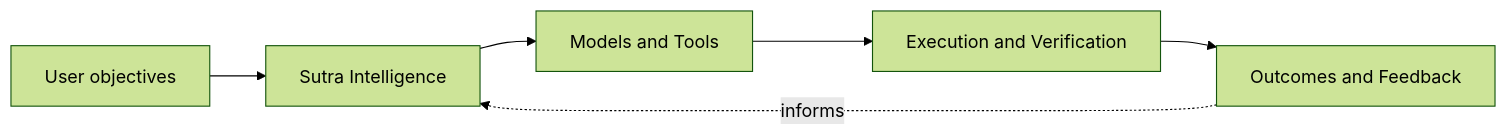
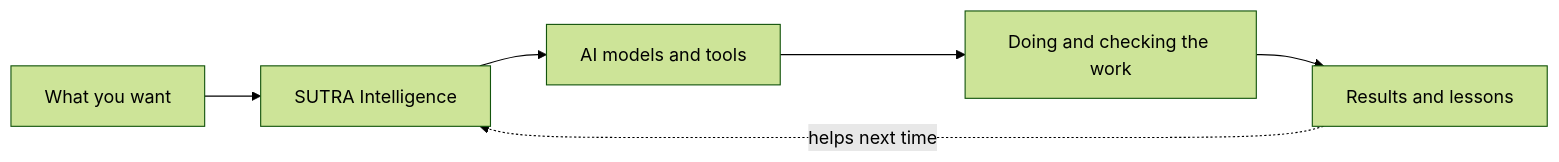
One commit to rishavm713-create/sutra-intelligence-site changed the diagram in docs/ARCHITECTURE-OVERVIEW.md. Above: the diagram before and after it, drawn with Mermaid (forest theme). The commit also changed other lines of this file and 6 other files, not shown here.

````diff
--- a/docs/ARCHITECTURE-OVERVIEW.md
+++ b/docs/ARCHITECTURE-OVERVIEW.md
@@ -9,8 +7,8 @@
 ```mermaid
 flowchart LR
-    A["User objectives"] --> B["Sutra Intelligence"]
-    B --> C["Models and Tools"]
-    C --> D["Execution and Verification"]
-    D --> E["Outcomes and Feedback"]
-    E -. informs .-> B
+    A["What you want"] --> B["SUTRA Intelligence"]
+    B --> C["AI models and tools"]
+    C --> D["Doing and checking the work"]
+    D --> E["Results and lessons"]
+    E -. helps next time .-> B
 ```
````
